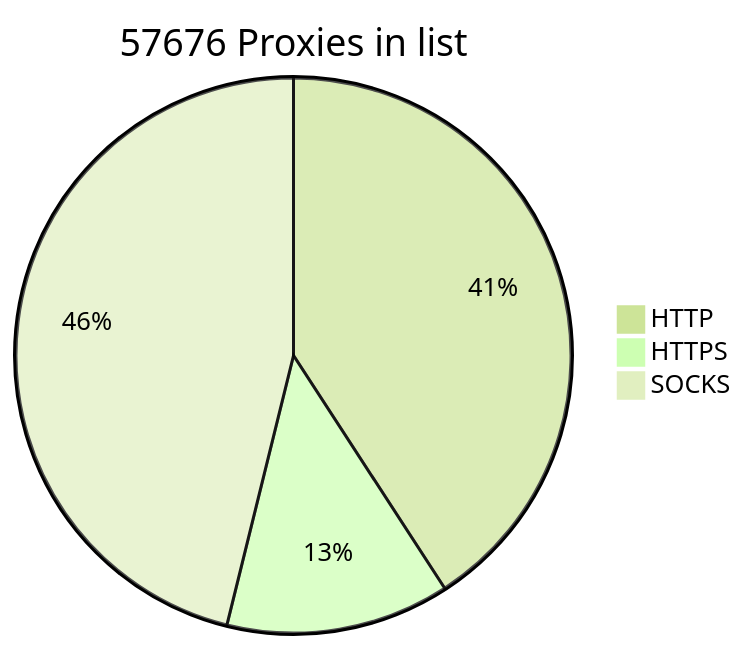
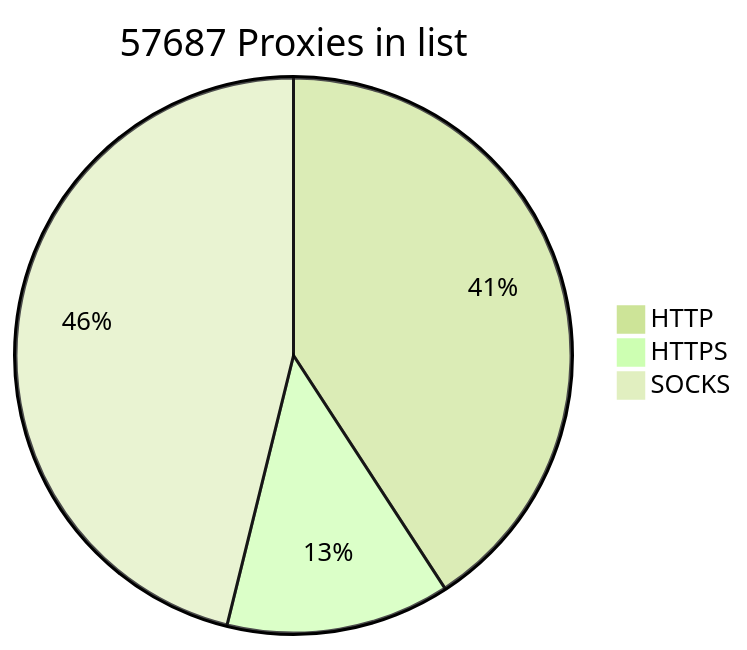
The diagram in README.md (BlackSnowDot/proxylist-update-every-minute), drawn with Mermaid (forest theme) before and after one commit.

````diff
--- a/README.md
+++ b/README.md
@@ -2,6 +2,6 @@
 ```mermaid
-pie title 57676 Proxies in list
+pie title 57687 Proxies in list
     "HTTP" : 26464
     "HTTPS": 8443
-    "SOCKS" : 29907
+    "SOCKS" : 29918
 ```
````
